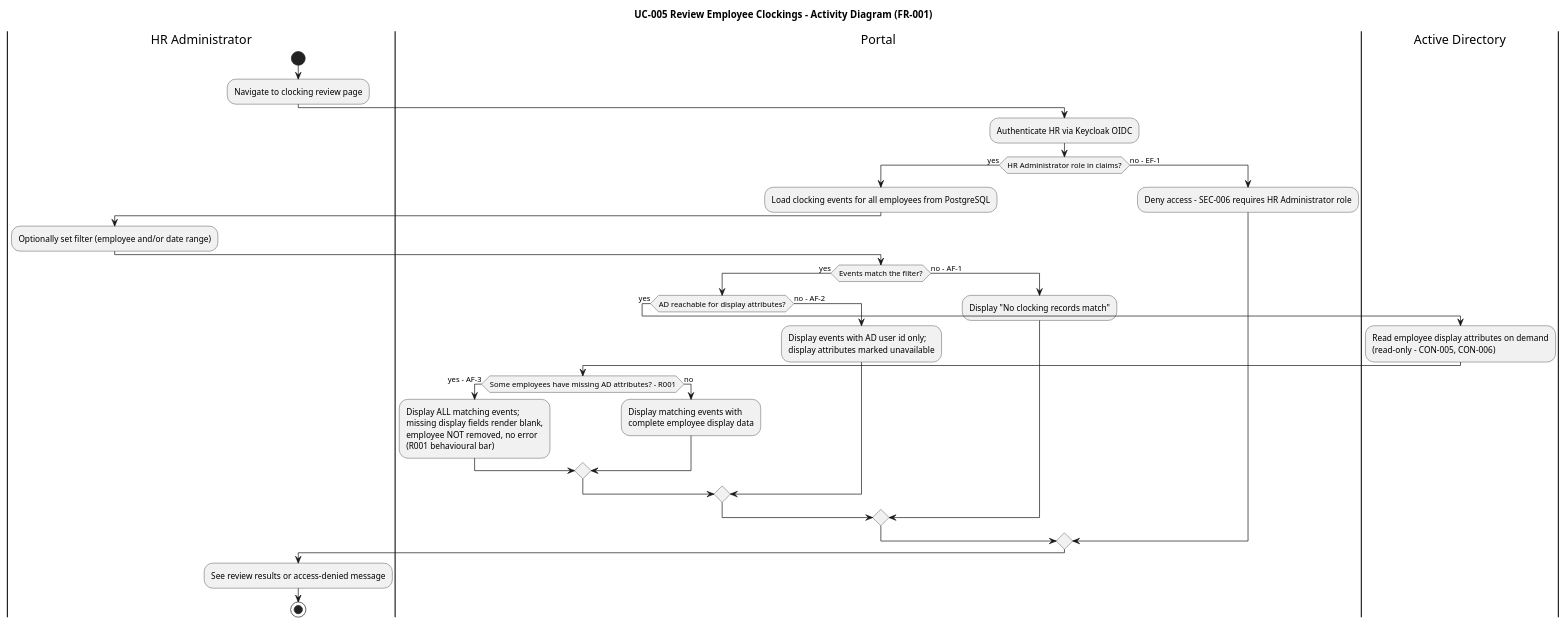
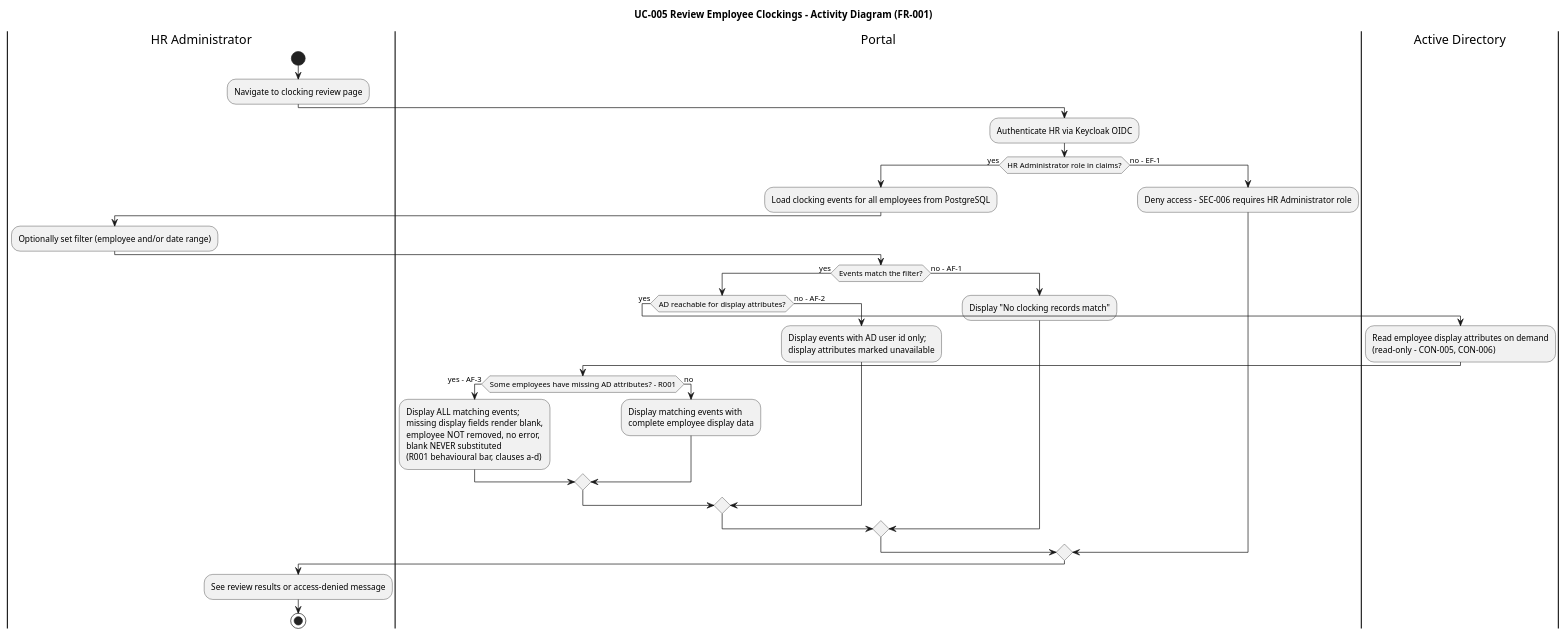
Before and after one commit to banense-test/employee-portal: the sixth of 16 diagrams in docs/artifacts/requirements/use-case-model.md, drawn with PlantUML. The commit also changed other lines of this file, not shown here.

````diff
--- a/docs/artifacts/requirements/use-case-model.md
+++ b/docs/artifacts/requirements/use-case-model.md
@@ -413,37 +413,37 @@
 ```plantuml
 @startuml
 title UC-005 Review Employee Clockings - Activity Diagram (FR-001)
 |HR Administrator|
 start
 :Navigate to clocking review page;
 |Portal|
 :Authenticate HR via Keycloak OIDC;
 if (HR Administrator role in claims?) then (yes)
   :Load clocking events for all employees from PostgreSQL;
   |HR Administrator|
   :Optionally set filter (employee and/or date range);
   |Portal|
   if (Events match the filter?) then (yes)
     if (AD reachable for display attributes?) then (yes)
       |Active Directory|
       :Read employee display attributes on demand\n(read-only - CON-005, CON-006);
       |Portal|
       if (Some employees have missing AD attributes? - R001) then (yes - AF-3)
-        :Display ALL matching events;\nmissing display fields render blank,\nemployee NOT removed, no error\n(R001 behavioural bar);
+        :Display ALL matching events;\nmissing display fields render blank,\nemployee NOT removed, no error,\nblank NEVER substituted\n(R001 behavioural bar, clauses a-d);
       else (no)
         :Display matching events with\ncomplete employee display data;
       endif
     else (no - AF-2)
       :Display events with AD user id only;\ndisplay attributes marked unavailable;
     endif
   else (no - AF-1)
     :Display "No clocking records match";
   endif
 else (no - EF-1)
   :Deny access - SEC-006 requires HR Administrator role;
 endif
 |HR Administrator|
 :See review results or access-denied message;
 stop
 @enduml
 ```
````
